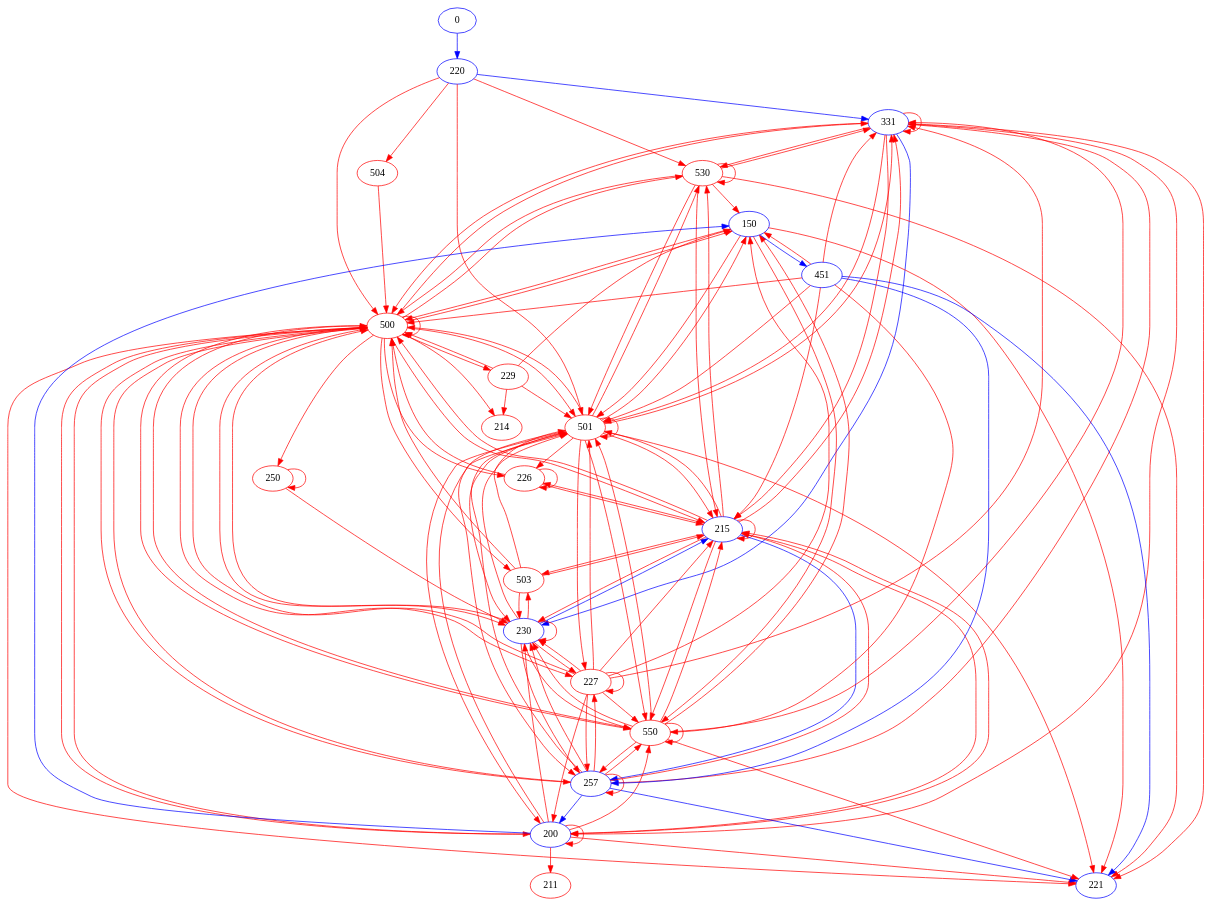
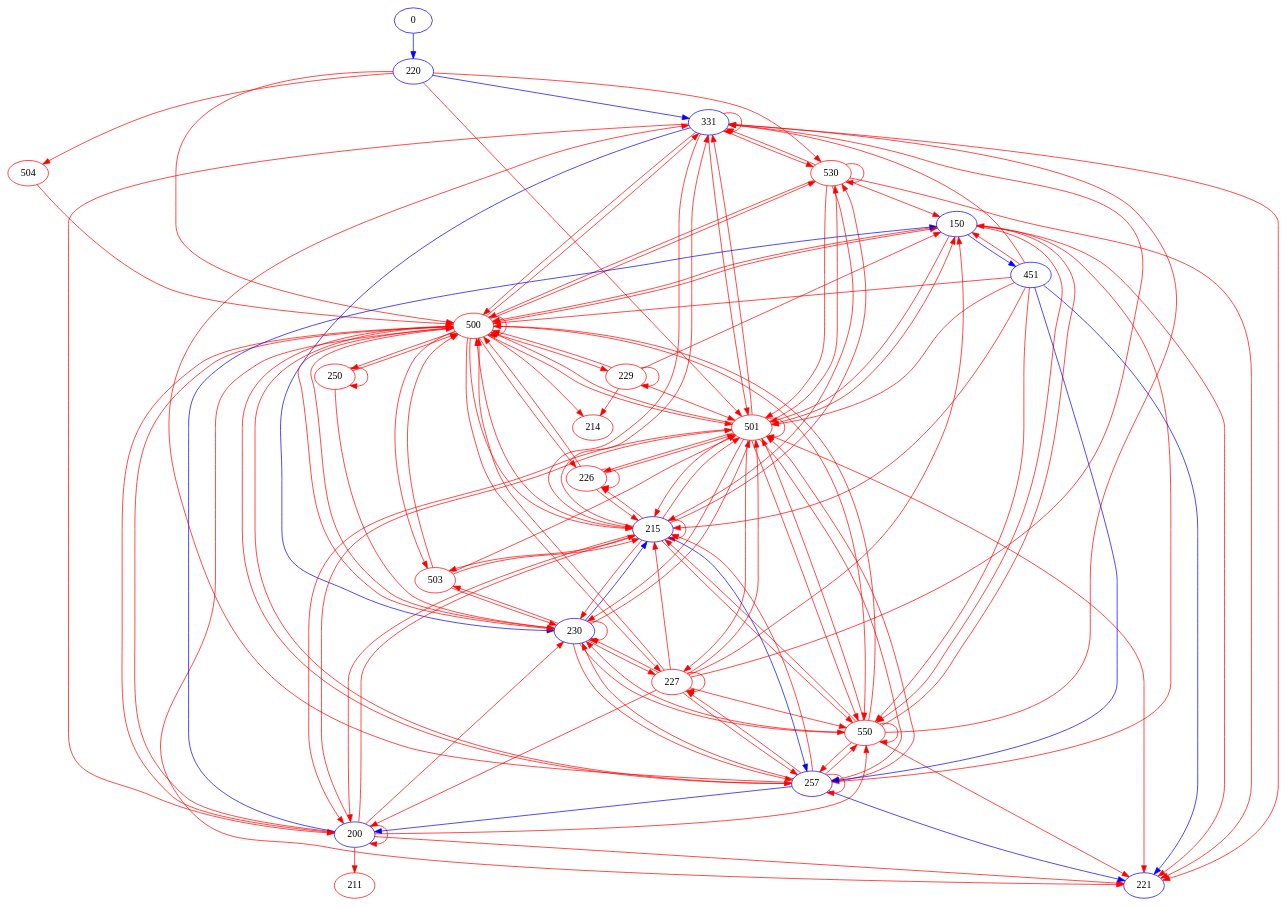
One commit to muyuruhua/research_laboratory changed the diagram in ChatAFL-master/comparison_results/LightFTP_20260118_184232/chatafl-enhanced/ipsm.dot. Above: the diagram before and after it, drawn with Graphviz. The commit also changed 118 other files, not shown here.

```diff
--- a/ChatAFL-master/comparison_results/LightFTP_20260118_184232/chatafl-enhanced/ipsm.dot
+++ b/ChatAFL-master/comparison_results/LightFTP_20260118_184232/chatafl-enhanced/ipsm.dot
@@ -122,6 +122,8 @@
 		color=red];
 	211	[color=red];
 	200 -> 211	[key=new_edge,
+		color=red];
+	150 -> 257	[key=new_edge,
 		color=red];
 	451	[color=blue];
 	150 -> 451	[key=new_edge,
@@ -269,11 +271,15 @@
 		color=red];
 	250 -> 230	[key=new_edge,
 		color=red];
+	250 -> 500	[key=new_edge,
+		color=red];
 	250 -> 250	[key=new_edge,
 		color=red];
 	226 -> 215	[key=new_edge,
 		color=red];
 	226 -> 500	[key=new_edge,
+		color=red];
+	226 -> 501	[key=new_edge,
 		color=red];
 	226 -> 226	[key=new_edge,
 		color=red];
@@ -282,6 +288,8 @@
 	229 -> 500	[key=new_edge,
 		color=red];
 	229 -> 501	[key=new_edge,
+		color=red];
+	229 -> 229	[key=new_edge,
 		color=red];
 	229 -> 214	[key=new_edge,
 		color=red];
```
